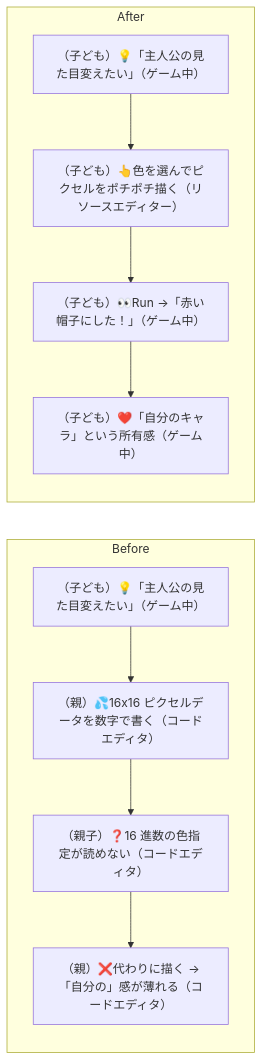
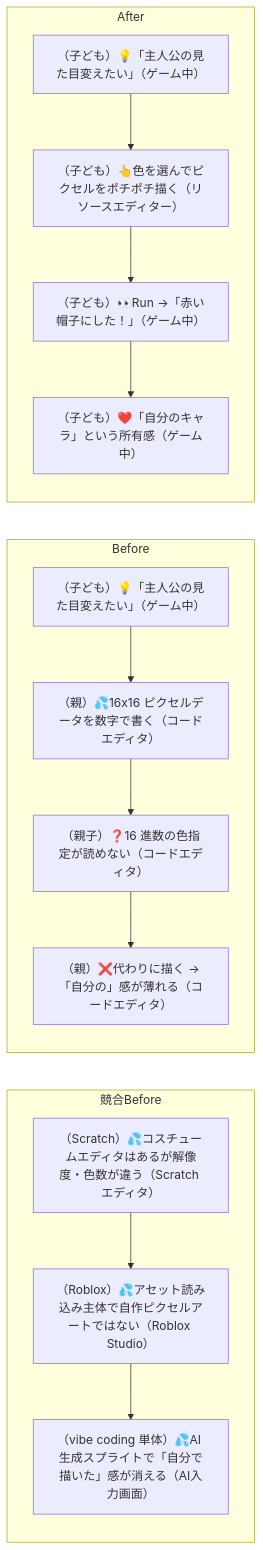
The eighth of 42 diagrams in docs/customer-journeys.md (tatsuro-ueda/code-quest-pyxel), drawn with Mermaid before and after one commit. The commit also changed other lines of this file and 1 other file, not shown here.

````diff
--- a/docs/customer-journeys.md
+++ b/docs/customer-journeys.md
@@ -244,15 +293,20 @@
 ```mermaid
 flowchart LR
+    subgraph Competitor["競合Before"]
+        C1[（Scratch）💦コスチュームエディタはあるが解像度・色数が違う（Scratch エディタ）]
+        C1 --> C2[（Roblox）💦アセット読み込み主体で自作ピクセルアートではない（Roblox Studio）]
+        C2 --> C3[（vibe coding 単体）💦AI 生成スプライトで「自分で描いた」感が消える（AI入力画面）]
+    end
     subgraph Before["Before"]
         B1[（子ども）💡「主人公の見た目変えたい」（ゲーム中）]
         B1 --> B2[（親）💦16x16 ピクセルデータを数字で書く（コードエディタ）]
         B2 --> B3[（親子）❓16 進数の色指定が読めない（コードエディタ）]
         B3 --> B4[（親）❌代わりに描く →「自分の」感が薄れる（コードエディタ）]
     end
     subgraph After["After"]
         A1[（子ども）💡「主人公の見た目変えたい」（ゲーム中）]
         A1 --> A2[（子ども）👆色を選んでピクセルをポチポチ描く（リソースエディター）]
         A2 --> A3[（子ども）👀Run →「赤い帽子にした！」（ゲーム中）]
         A3 --> A4[（子ども）❤️「自分のキャラ」という所有感（ゲーム中）]
     end
 ```
````
